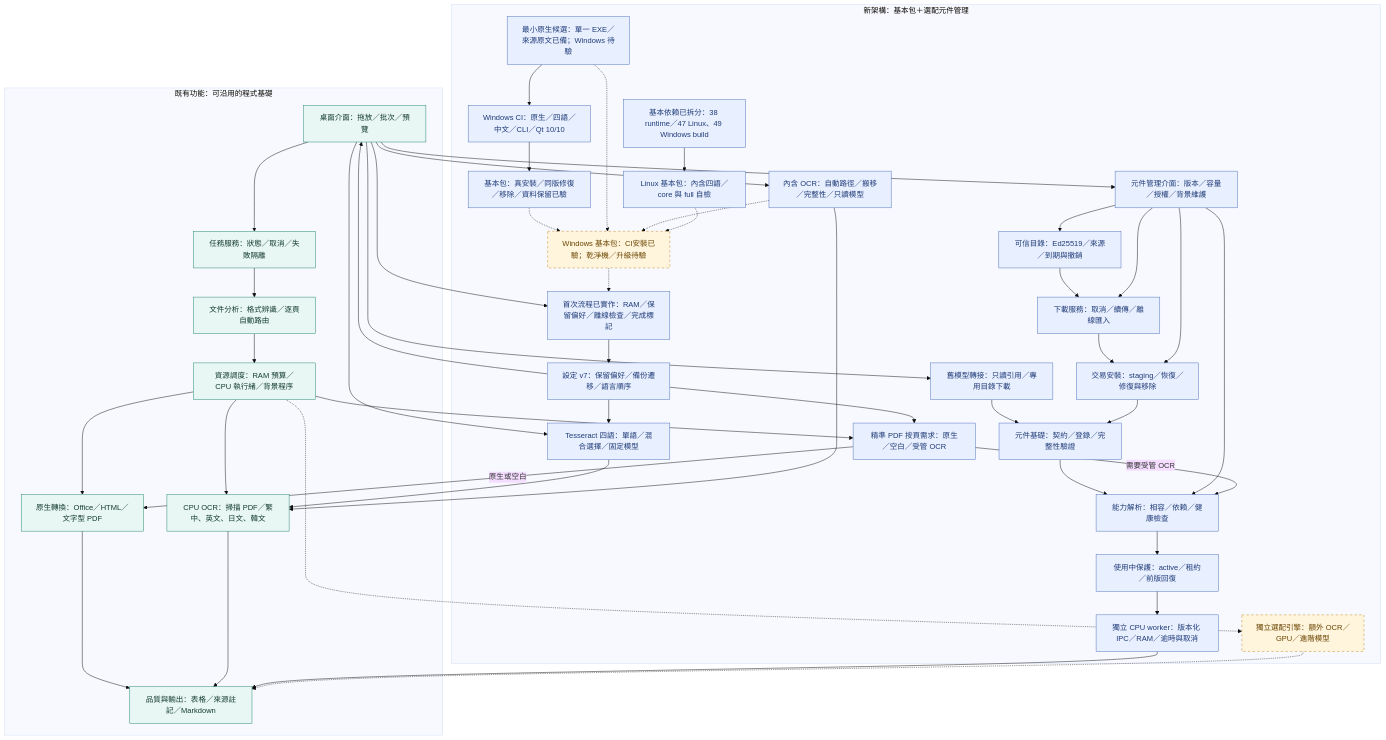
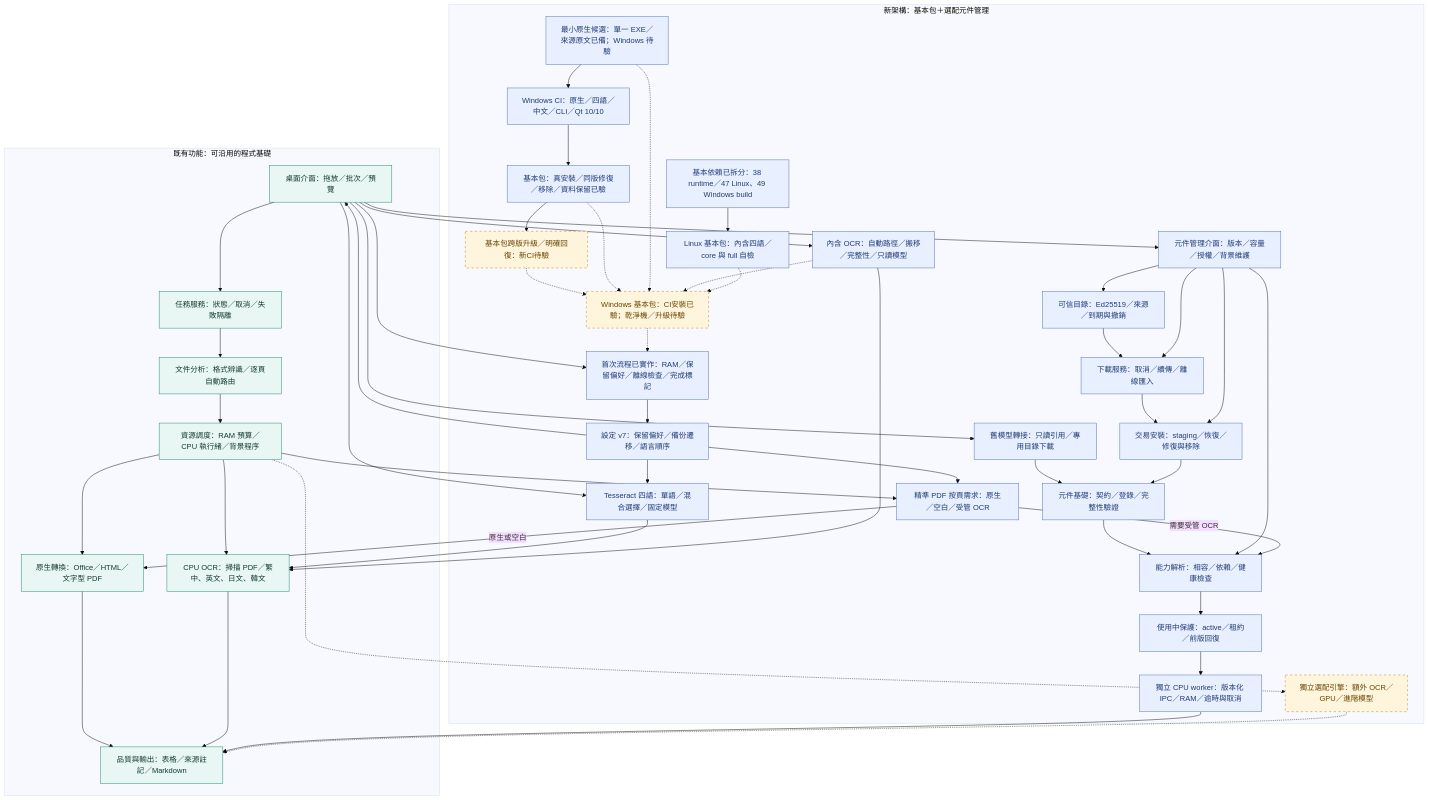
One commit to ChouTa-chuan/MarkItDown-exe changed the diagram in README.md. Above: the diagram before and after it, drawn with Mermaid (base theme). The commit also changed other lines of this file and 111 other files, not shown here.

````diff
--- a/README.md
+++ b/README.md
@@ -21,74 +21,77 @@
 ```mermaid
 flowchart TD
     subgraph Existing["既有功能：可沿用的程式基礎"]
         UI["桌面介面：拖放／批次／預覽"] --> APP["任務服務：狀態／取消／失敗隔離"]
         APP --> PLAN["文件分析：格式辨識／逐頁自動路由"]
         PLAN --> RES["資源調度：RAM 預算／CPU 執行緒／背景程序"]
         RES --> NATIVE["原生轉換：Office／HTML／文字型 PDF"]
         RES --> OCR["CPU OCR：掃描 PDF／繁中、英文、日文、韓文"]
         NATIVE --> QUALITY["品質與輸出：表格／來源註記／Markdown"]
         OCR --> QUALITY
     end
     subgraph Planned["新架構：基本包＋選配元件管理"]
         COMPONENTUI["元件管理介面：版本／容量／授權／背景維護"]
         FIRST["Windows 基本包：CI安裝已驗；乾淨機／升級待驗"]
         PROFILE["基本依賴已拆分：38 runtime／47 Linux、49 Windows build"]
         PROFILEBUILD["Linux 基本包：內含四語／core 與 full 自檢"]
         FIRSTFLOW["首次流程已實作：RAM／保留偏好／離線檢查／完成標記"]
         COMPONENTS["元件基礎：契約／登錄／完整性驗證"]
         CAPABILITY["能力解析：相容／依賴／健康檢查"]
         INSTALLERCI["基本包：真安裝／同版修復／移除／資料保留已驗"]
+        UPGRADECI["基本包跨版升級／明確回復：新CI待驗"]
         WINCI["Windows CI：原生／四語／中文／CLI／Qt 10/10"]
         BUNDLED["內含 OCR：自動路徑／搬移／完整性／只讀模型"]
         MINIMALBUILD["最小原生候選：單一 EXE／來源原文已備；Windows 待驗"]
         LANGUAGES["Tesseract 四語：單語／混合選擇／固定模型"]
         ROUTE["精準 PDF 按頁需求：原生／空白／受管 OCR"]
         CPUWORKER["獨立 CPU worker：版本化 IPC／RAM／逾時與取消"]
         OPTIONAL["獨立選配引擎：額外 OCR／GPU／進階模型"]
         COMPONENTS --> CAPABILITY
         LEGACY["舊模型轉接：只讀引用／專用目錄下載"]
         PREFS["設定 v7：保留偏好／備份遷移／語言順序"]
         LEGACY --> COMPONENTS
         CATALOG["可信目錄：Ed25519／來源／到期與撤銷"] --> DOWNLOAD["下載服務：取消／續傳／離線匯入"]
         DOWNLOAD --> INSTALL["交易安裝：staging／恢復／修復與移除"]
         INSTALL --> COMPONENTS
         CAPABILITY --> LEASE["使用中保護：active／租約／前版回復"]
     end
     UI --> LANGUAGES
     LANGUAGES --> OCR
     PREFS --> LANGUAGES
     UI --> COMPONENTUI
     COMPONENTUI --> INSTALL
     COMPONENTUI --> CATALOG
     COMPONENTUI --> CAPABILITY
     LEASE --> CPUWORKER
     CPUWORKER --> QUALITY
     RES --> ROUTE
     ROUTE -->|需要受管 OCR| CAPABILITY
     ROUTE -->|原生或空白| NATIVE
     COMPONENTUI --> DOWNLOAD
     UI --> LEGACY
     PREFS --> UI
     UI --> FIRSTFLOW
     FIRSTFLOW --> PREFS
     PROFILE --> PROFILEBUILD
     MINIMALBUILD --> WINCI
+    INSTALLERCI --> UPGRADECI
+    UPGRADECI -.-> FIRST
     WINCI --> INSTALLERCI
     INSTALLERCI -.-> FIRST
     MINIMALBUILD -.-> FIRST
     UI --> BUNDLED
     BUNDLED --> OCR
     BUNDLED -.-> FIRST
     PROFILEBUILD -.-> FIRST
     FIRST -.-> FIRSTFLOW
     PREFS --> ROUTE
     RES -.-> OPTIONAL
     OPTIONAL -.-> QUALITY
     classDef existing fill:#e8f7f3,stroke:#21856d,color:#153c31;
     classDef foundation fill:#e8efff,stroke:#4c6fb8,color:#203c77;
     class COMPONENTS,CAPABILITY,LEGACY,PREFS,CATALOG,DOWNLOAD,INSTALL,LEASE,CPUWORKER,COMPONENTUI,FIRSTFLOW,ROUTE,PROFILE,PROFILEBUILD,LANGUAGES,BUNDLED,MINIMALBUILD,WINCI foundation;
     class INSTALLERCI foundation;
     classDef planned fill:#fff4dc,stroke:#be8519,color:#694500,stroke-dasharray:5 5;
     class UI,APP,PLAN,RES,NATIVE,OCR,QUALITY existing;
-    class FIRST,OPTIONAL planned;
+    class FIRST,OPTIONAL,UPGRADECI planned;
 ```
````
